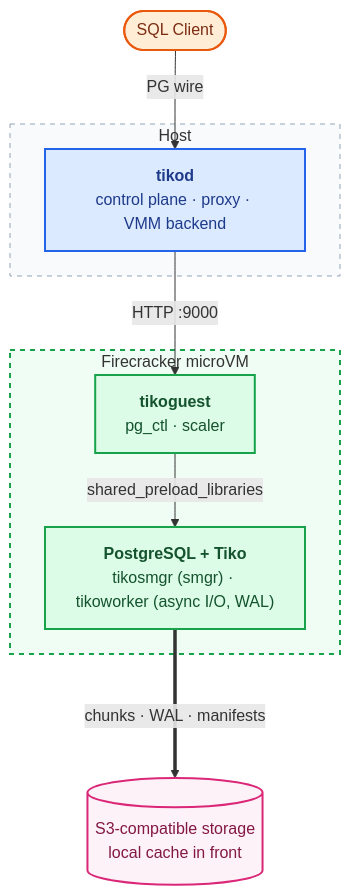
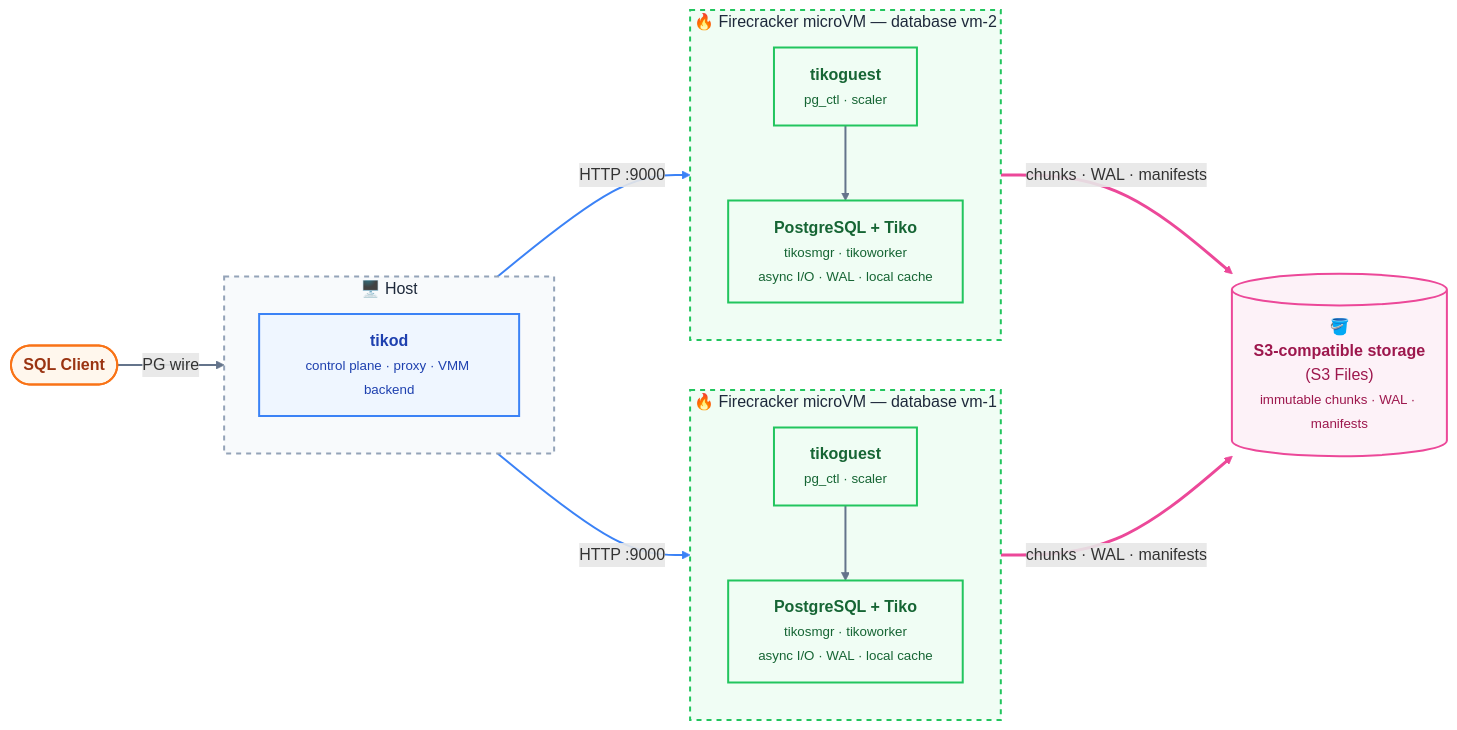
The diagram in README.md (burmecia/tiko), drawn with Mermaid before and after one commit.

Commit message:
udpate readme diagram

````diff
--- a/README.md
+++ b/README.md
@@ -34,34 +34,54 @@
 ```mermaid
-flowchart TD
-    Client([SQL Client])
+%%{init: {"themeVariables": {"titleColor": "#1e293b", "clusterBkg": "#f8fafc", "clusterBorder": "#94a3b8"}}}%%
+flowchart LR
+  Client(["<b>SQL Client</b>"])
 
-    subgraph Host [Host]
-        Tikod["<b>tikod</b><br/>control plane · proxy · VMM backend"]
-    end
+  subgraph Host ["🖥️ Host"]
+    direction TB
+    Tikod["<b>tikod</b><br/><small>control plane · proxy · VMM backend</small>"]
+  end
 
-    subgraph VM [Firecracker microVM]
-        Guest["<b>tikoguest</b><br/>pg_ctl · scaler"]
-        PG["<b>PostgreSQL + Tiko</b><br/>tikosmgr (smgr) · tikoworker (async I/O, WAL)"]
-    end
+  subgraph VM1 ["🔥 Firecracker microVM — database vm-1"]
+    direction TB
+    Guest1["<b>tikoguest</b><br/><small>pg_ctl · scaler</small>"]
+    PG1["<b>PostgreSQL + Tiko</b><br/><small>tikosmgr · tikoworker<br/>async I/O · WAL · local cache</small>"]
+    Guest1 --> PG1
+  end
 
-    S3[("S3-compatible storage<br/>local cache in front")]
+  subgraph VM2 ["🔥 Firecracker microVM — database vm-2"]
+    direction TB
+    Guest2["<b>tikoguest</b><br/><small>pg_ctl · scaler</small>"]
+    PG2["<b>PostgreSQL + Tiko</b><br/><small>tikosmgr · tikoworker<br/>async I/O · WAL · local cache</small>"]
+    Guest2 --> PG2
+  end
 
-    Client -->|PG wire| Tikod
-    Tikod -->|HTTP :9000| Guest
-    Guest -->|shared_preload_libraries| PG
-    PG ===>|chunks · WAL · manifests| S3
+  S3[("🪣<br/><b>S3-compatible storage</b><br/>(S3 Files)<br/><small>immutable chunks · WAL · manifests</small>")]
 
-    classDef client fill:#ffedd5,stroke:#ea580c,stroke-width:2px,color:#7c2d12
-    classDef control fill:#dbeafe,stroke:#2563eb,stroke-width:2px,color:#1e3a8a
-    classDef vm fill:#dcfce7,stroke:#16a34a,stroke-width:2px,color:#14532d
-    classDef storage fill:#fce7f3,stroke:#db2777,stroke-width:2px,color:#831843
+  Client -->|PG wire| Tikod
+  Tikod -->|HTTP :9000| Guest1
+  Tikod -->|HTTP :9000| Guest2
+  PG1 ==>|chunks · WAL · manifests| S3
+  PG2 ==>|chunks · WAL · manifests| S3
 
-    class Client client
-    class Tikod control
-    class Guest,PG vm
-    class S3 storage
+  classDef client fill:#fff7ed,stroke:#f97316,stroke-width:2px,color:#9a3412
+  classDef control fill:#eff6ff,stroke:#3b82f6,stroke-width:2px,color:#1e40af
+  classDef vm fill:#f0fdf4,stroke:#22c55e,stroke-width:2px,color:#166534
+  classDef storage fill:#fdf2f8,stroke:#ec4899,stroke-width:2px,color:#9d174d
 
-    style Host fill:#f8fafc,stroke:#94a3b8,stroke-dasharray:5 5
-    style VM fill:#f0fdf4,stroke:#16a34a,stroke-width:2px,stroke-dasharray:5 5
-    style S3 fill:#fdf2f8,stroke:#db2777,stroke-width:2px
+  class Client client
+  class Tikod control
+  class Guest1,PG1,Guest2,PG2 vm
+  class S3 storage
+
+  style Host fill:#f8fafc,stroke:#94a3b8,stroke-width:2px,stroke-dasharray:5 5
+  style VM1 fill:#f0fdf4,stroke:#22c55e,stroke-width:2px,stroke-dasharray:5 5
+  style VM2 fill:#f0fdf4,stroke:#22c55e,stroke-width:2px,stroke-dasharray:5 5
+  style S3 fill:#fdf2f8,stroke:#ec4899,stroke-width:2px
+  linkStyle 0 stroke:#64748b,stroke-width:2px
+  linkStyle 1 stroke:#64748b,stroke-width:2px
+  linkStyle 2 stroke:#64748b,stroke-width:2px
+  linkStyle 3 stroke:#3b82f6,stroke-width:2px
+  linkStyle 4 stroke:#3b82f6,stroke-width:2px
+  linkStyle 5 stroke:#ec4899,stroke-width:3px
+  linkStyle 6 stroke:#ec4899,stroke-width:3px
 ```
````
